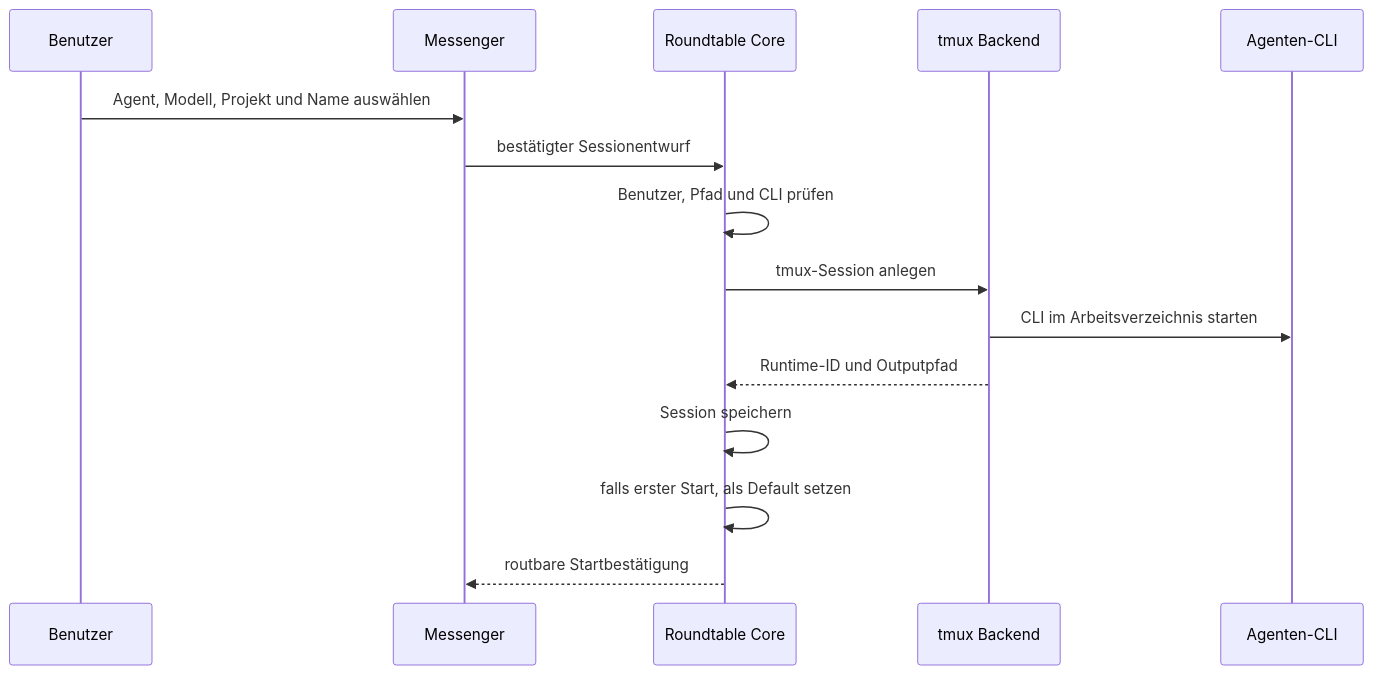
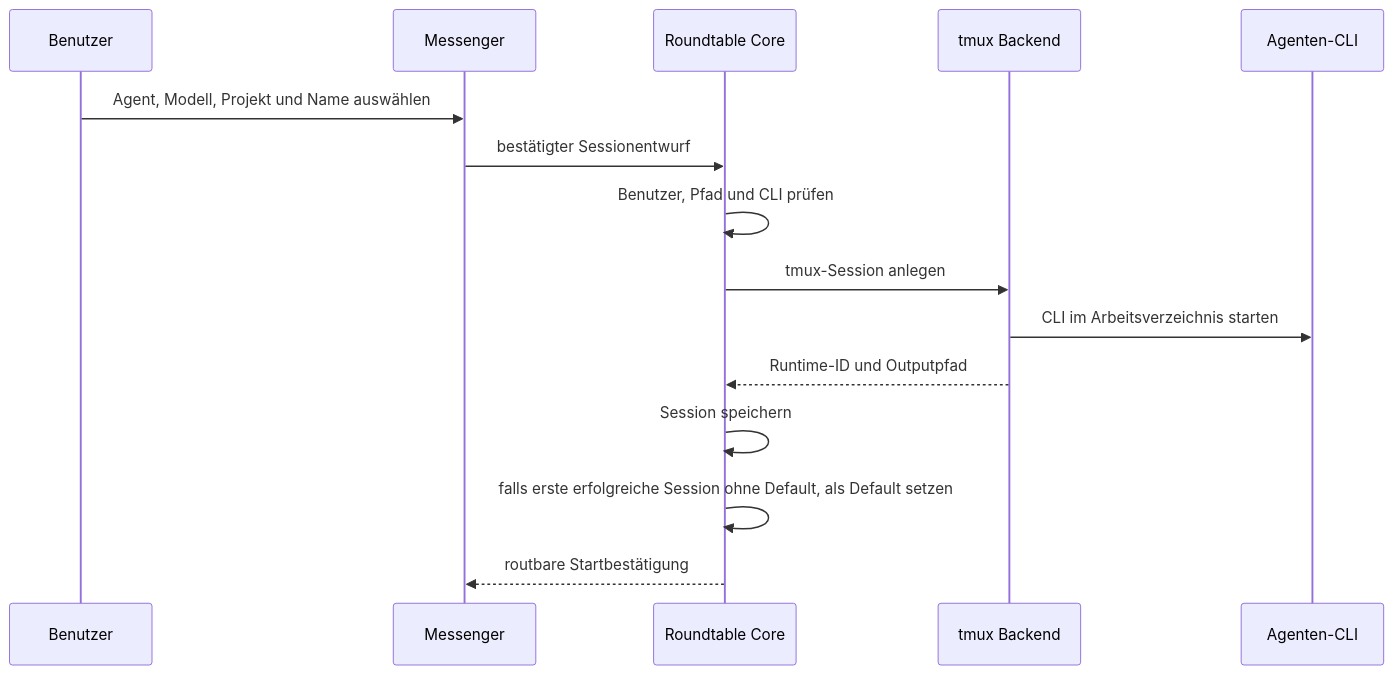
The second of 4 diagrams in docs/04-architecture.md (rogertobler/roundtable), drawn with Mermaid before and after one commit. The commit also changed other lines of this file and 12 other files, not shown here.

````diff
--- a/docs/04-architecture.md
+++ b/docs/04-architecture.md
@@ -372,18 +378,18 @@
 ```mermaid
 sequenceDiagram
     participant U as Benutzer
     participant T as Messenger
     participant C as Roundtable Core
     participant B as tmux Backend
     participant A as Agenten-CLI
 
     U->>T: Agent, Modell, Projekt und Name auswählen
     T->>C: bestätigter Sessionentwurf
     C->>C: Benutzer, Pfad und CLI prüfen
     C->>B: tmux-Session anlegen
     B->>A: CLI im Arbeitsverzeichnis starten
     B-->>C: Runtime-ID und Outputpfad
     C->>C: Session speichern
-    C->>C: falls erster Start, als Default setzen
+    C->>C: falls erste erfolgreiche Session ohne Default, als Default setzen
     C-->>T: routbare Startbestätigung
 ```
````
